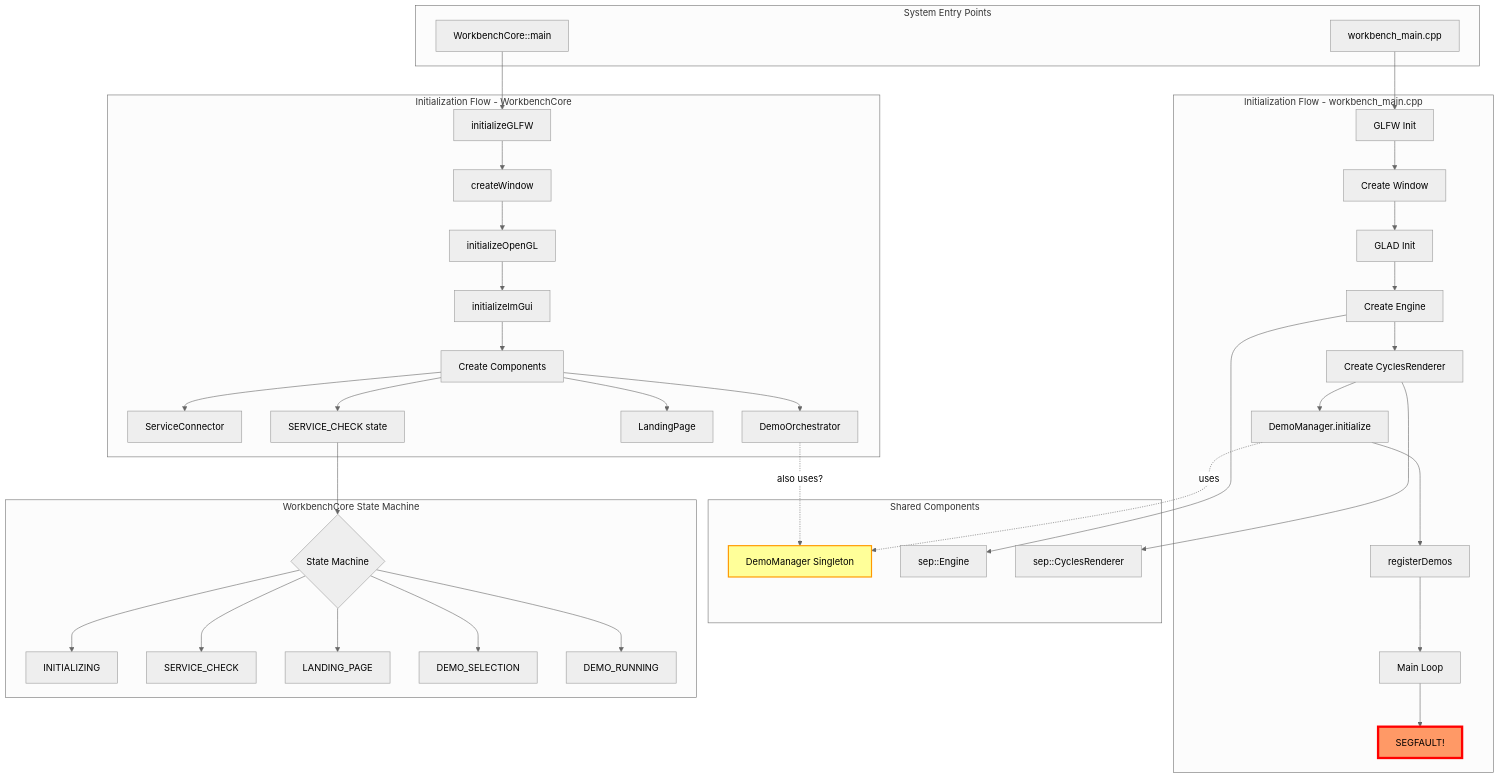
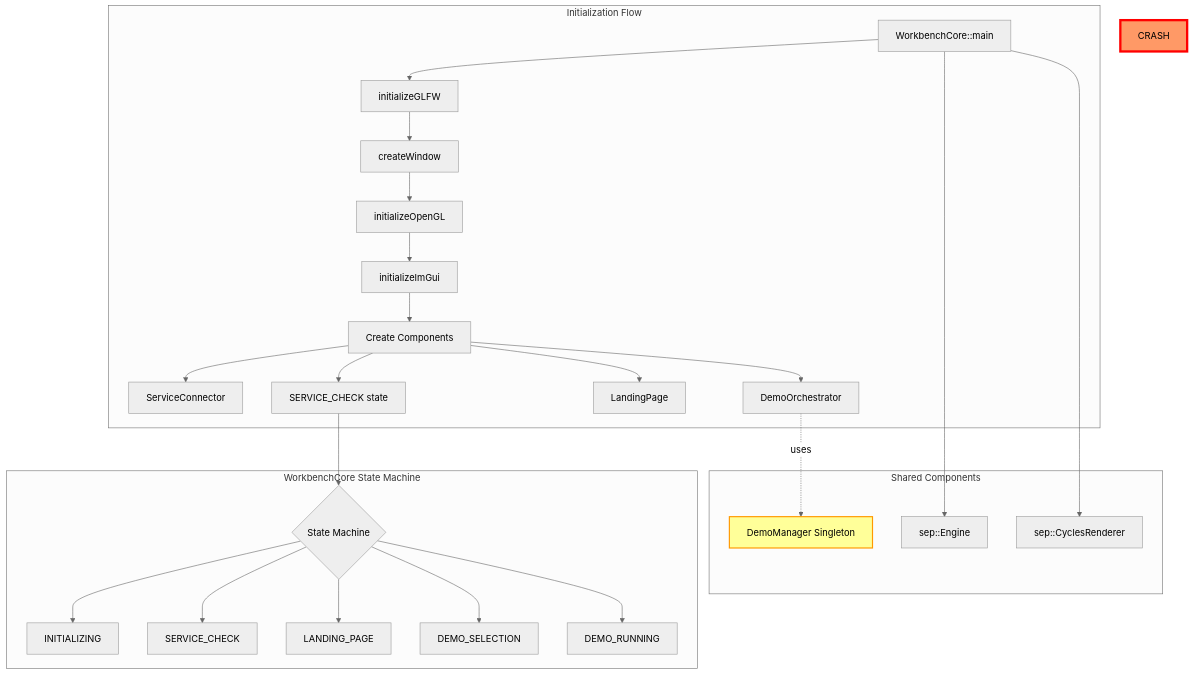
Before and after one commit to SepDynamics/sep: the seventh of 9 diagrams in docs/STRUCTURE.md, drawn with Mermaid (neutral theme). The commit also changed other lines of this file and 10 other files, not shown here.

Commit message:
Remove obsolete workbench entry

````diff
--- a/docs/STRUCTURE.md
+++ b/docs/STRUCTURE.md
@@ -274,60 +273,44 @@
 ```mermaid
 graph TB
-    %% Outer Layer - System Entry Points
-    subgraph "System Entry Points"
-        WM[workbench_main.cpp]
-        WC[WorkbenchCore::main]
-    end
+    %% Outer Layer - Entry Point
+    WC[WorkbenchCore::main]
 
-    %% Middle Layer - Initialization Flows
-    subgraph "Initialization Flow - workbench_main.cpp"
-        WM --> GLFW1[GLFW Init]
-        GLFW1 --> WIN1[Create Window]
-        WIN1 --> GL1[GLAD Init]
-        GL1 --> ENG1[Create Engine]
-        ENG1 --> REND1[Create CyclesRenderer]
-        REND1 --> DM1[DemoManager.initialize]
-        DM1 --> REG1[registerDemos]
-        REG1 --> LOOP1[Main Loop]
-        LOOP1 --> CRASH[SEGFAULT!]
-    end
-
-    subgraph "Initialization Flow - WorkbenchCore"
+    %% Initialization Flow
+    subgraph "Initialization Flow"
         WC --> GLFW2[initializeGLFW]
         GLFW2 --> WIN2[createWindow]
         WIN2 --> GL2[initializeOpenGL]
         GL2 --> IMGUI2[initializeImGui]
         IMGUI2 --> COMP[Create Components]
         COMP --> SC[ServiceConnector]
         COMP --> DO[DemoOrchestrator]
         COMP --> LP[LandingPage]
         COMP --> STATE[SERVICE_CHECK state]
     end
 
     %% Inner Layer - Shared Components
     subgraph "Shared Components"
         DemoManager[DemoManager Singleton]
         Engine[sep::Engine]
         Renderer[sep::CyclesRenderer]
     end
 
-    %% Connections showing conflicts
-    DM1 -.->|uses| DemoManager
-    DO -.->|also uses?| DemoManager
-    ENG1 --> Engine
-    REND1 --> Renderer
+    %% Connections
+    DO -.->|uses| DemoManager
+    WC --> Engine
+    WC --> Renderer
 
     %% State Machine
     subgraph "WorkbenchCore State Machine"
         STATE --> SM{State Machine}
         SM --> S1[INITIALIZING]
         SM --> S2[SERVICE_CHECK]
         SM --> S3[LANDING_PAGE]
         SM --> S4[DEMO_SELECTION]
         SM --> S5[DEMO_RUNNING]
     end
 
     %% Problem Areas
     style CRASH fill:#f96,stroke:#f00,stroke-width:4px
     style DemoManager fill:#ff9,stroke:#f90,stroke-width:2px
 ```
````
